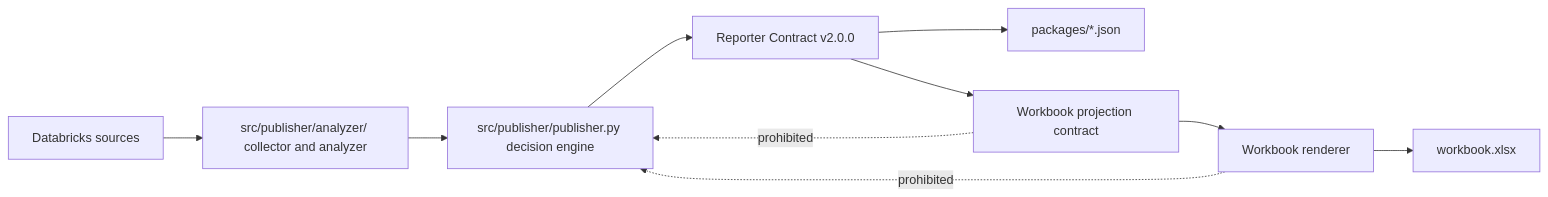
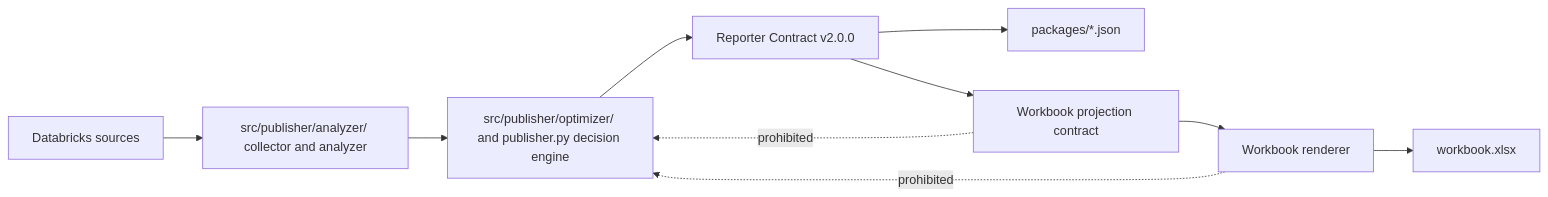
One commit to thiaga-gk/expert-funicular changed the first of 19 diagrams in docs/architecture/lld.md. Above: the diagram before and after it, drawn with Mermaid. The commit also changed other lines of this file and 11 other files, not shown here.

````diff
--- a/docs/architecture/lld.md
+++ b/docs/architecture/lld.md
@@ -86,13 +93,13 @@
 ```mermaid
 flowchart LR
     SRC[Databricks sources] --> ANA[src/publisher/analyzer/ collector and analyzer]
-    ANA --> PUB[src/publisher/publisher.py decision engine]
+    ANA --> PUB[src/publisher/optimizer/ and publisher.py decision engine]
     PUB --> RC[Reporter Contract v2.0.0]
     RC --> JSON[packages/*.json]
     RC --> WC[Workbook projection contract]
     WC --> XR[Workbook renderer]
     XR --> XLSX[workbook.xlsx]
 
     WC -. prohibited .-> PUB
     XR -. prohibited .-> PUB
 ```
````
